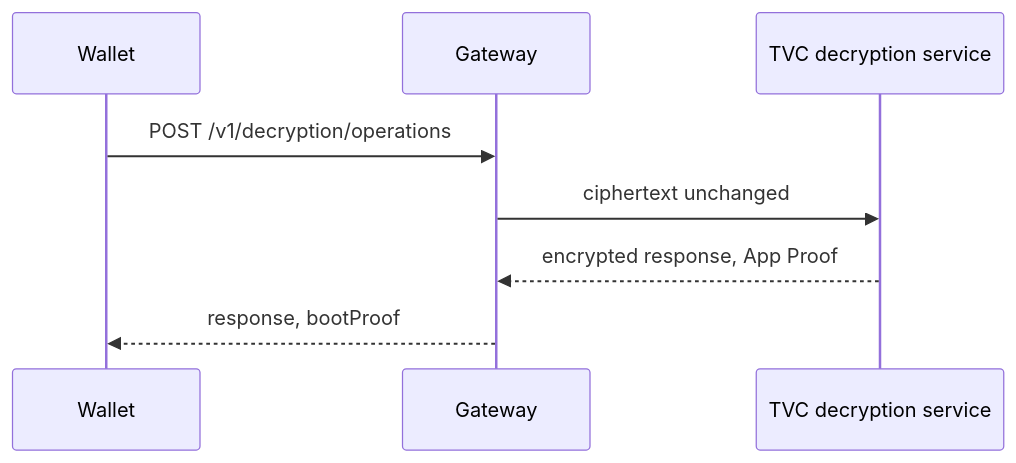
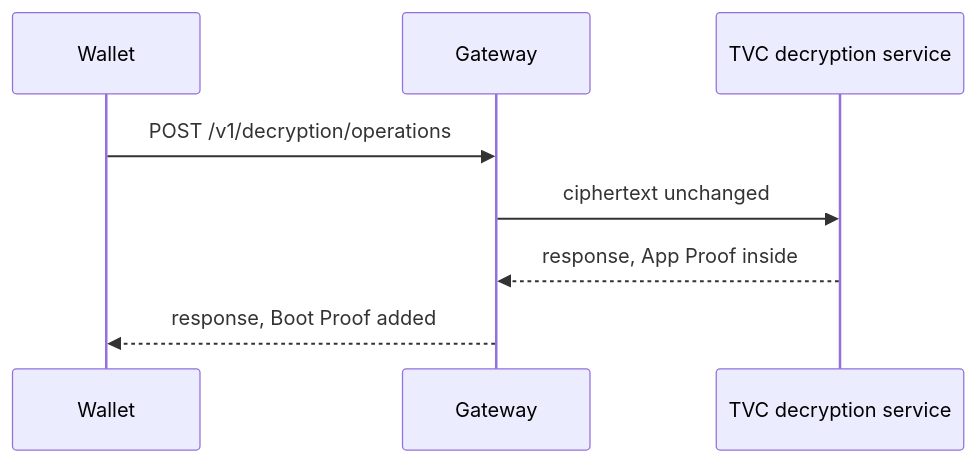
Before and after one commit to helius-labs/spr-tvc: the second of 5 diagrams in docs/spec.md, drawn with Mermaid. The commit also changed other lines of this file, not shown here.

First line of the commit message:
Show the gateway returning a sealed reply (#77)

````diff
--- a/docs/spec.md
+++ b/docs/spec.md
@@ -78,11 +78,11 @@
 ```mermaid
 sequenceDiagram
     participant Wallet
     participant Gateway
     participant Service as TVC decryption service
 
     Wallet->>Gateway: POST /v1/decryption/operations
     Gateway->>Service: ciphertext unchanged
-    Service-->>Gateway: encrypted response, App Proof
-    Gateway-->>Wallet: response, bootProof
+    Service-->>Gateway: response, App Proof inside
+    Gateway-->>Wallet: response, Boot Proof added
 ```
````
